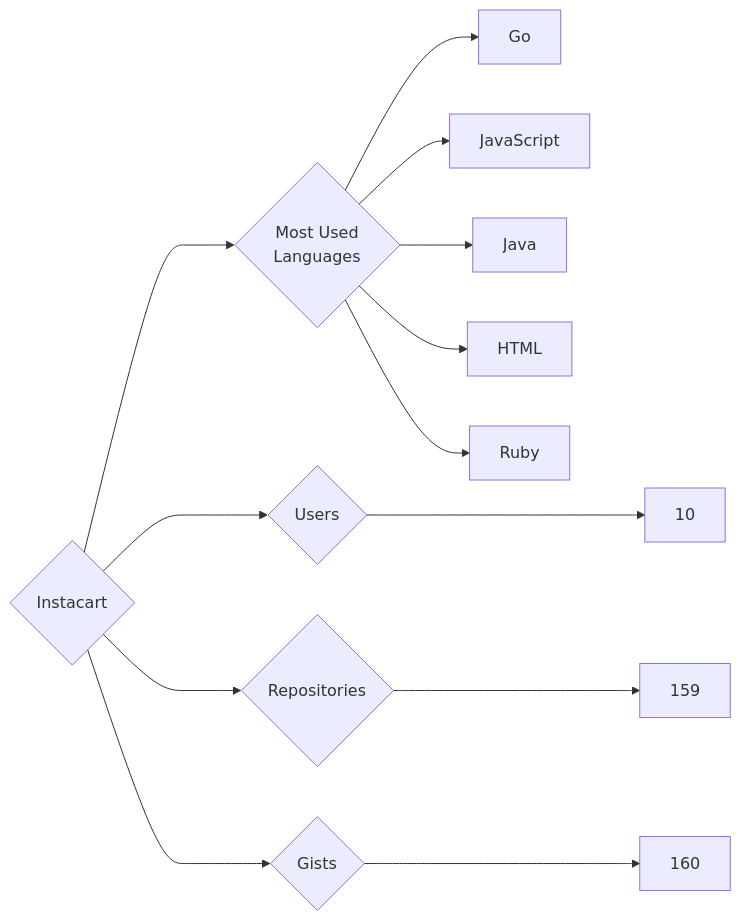
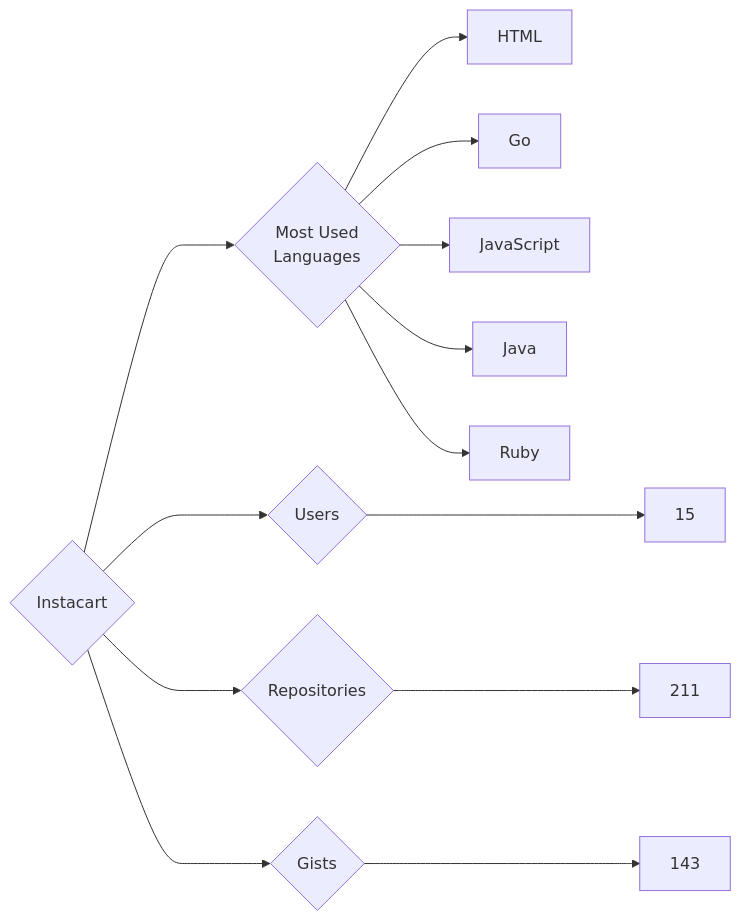
The diagram in targets/Instacart/README.md (trickest/insiders), drawn with Mermaid before and after one commit. The commit also changed 636 other files, not shown here.

````diff
--- a/targets/Instacart/README.md
+++ b/targets/Instacart/README.md
@@ -3,13 +3,13 @@
 ```mermaid
 graph LR
 COMPANY_NAME{Instacart}
-COMPANY_NAME ---> U{Users} ---> UN[10]
-COMPANY_NAME ---> R{Repositories} ---> RN[159]
-COMPANY_NAME ---> G{Gists} ---> GN[160]
+COMPANY_NAME ---> U{Users} ---> UN[15]
+COMPANY_NAME ---> R{Repositories} ---> RN[211]
+COMPANY_NAME ---> G{Gists} ---> GN[143]
 COMPANY_NAME ---> ML{Most Used<br>Languages}
+ML --> HTML[HTML]
 ML --> Go[Go]
 ML --> JavaScript[JavaScript]
 ML --> Java[Java]
-ML --> HTML[HTML]
 ML --> Ruby[Ruby]
 ```
````
